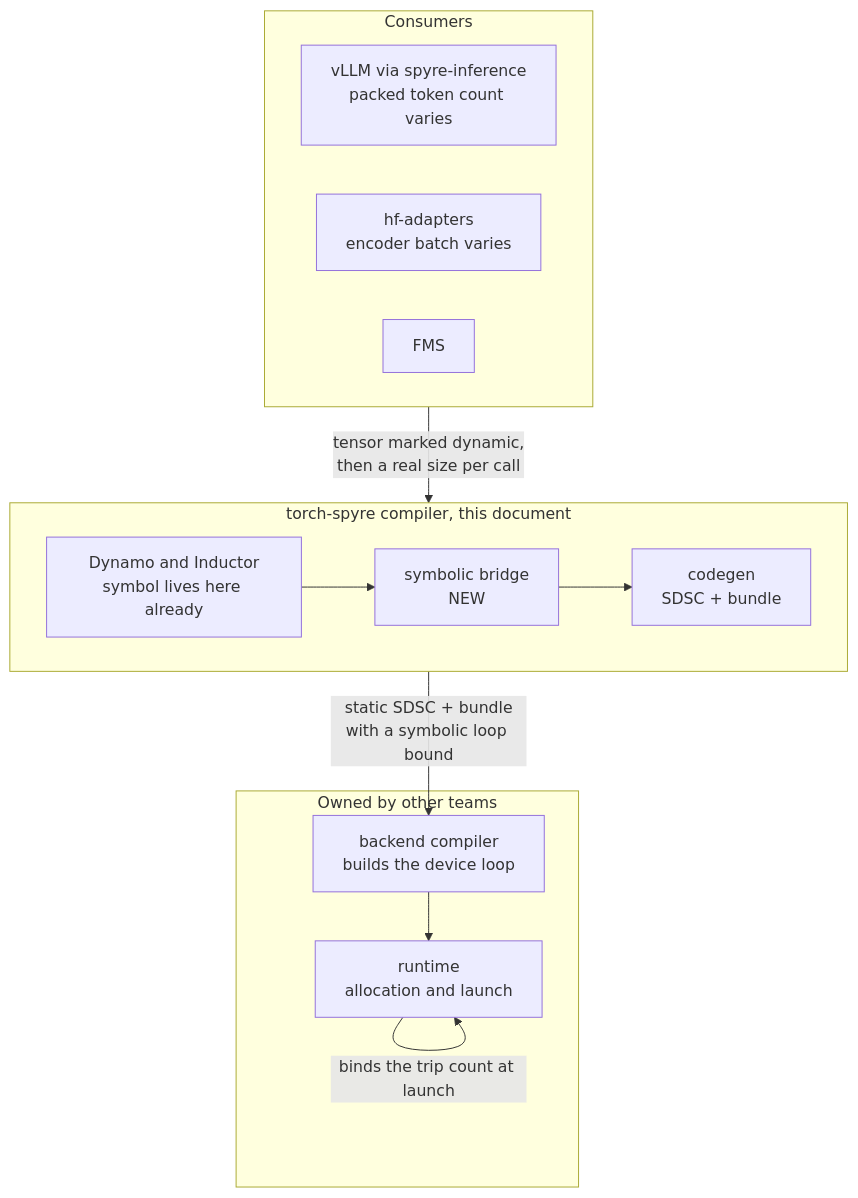
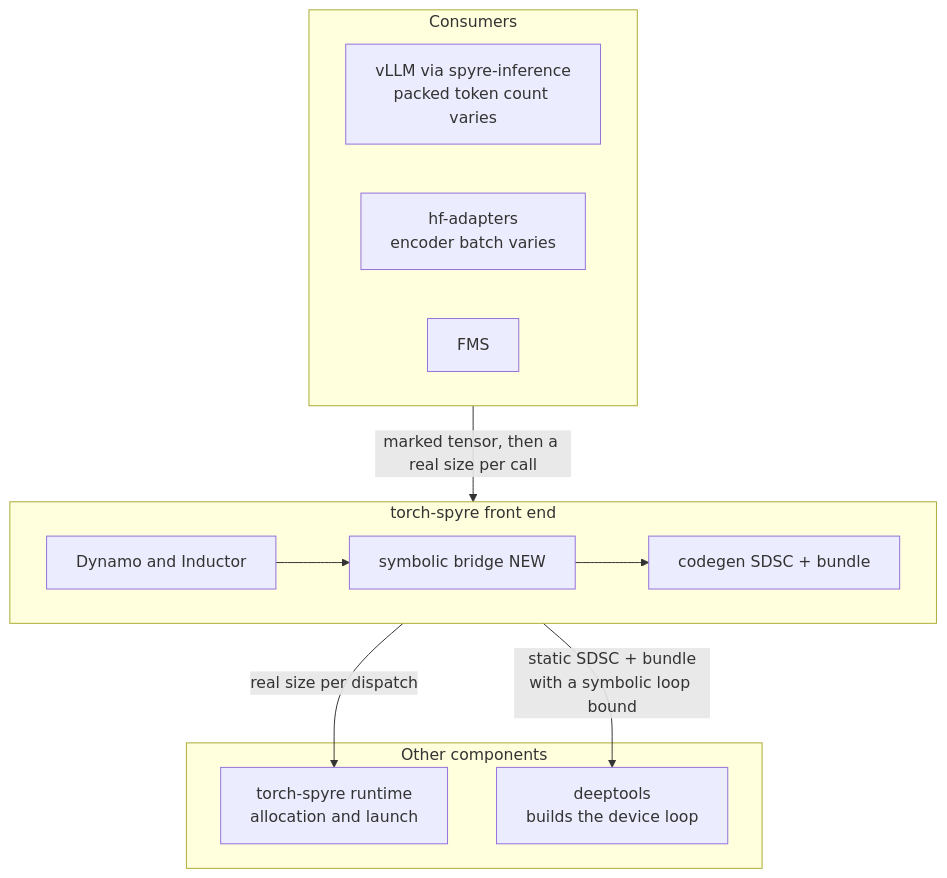
One commit to GopikrishnaGitRepo/torch-spyre changed the first of 13 diagrams in docs/source/compiler/symbolic_shapes.md. Above: the diagram before and after it, drawn with Mermaid. The commit also changed other lines of this file, not shown here.

````diff
--- a/docs/source/compiler/symbolic_shapes.md
+++ b/docs/source/compiler/symbolic_shapes.md
@@ -55,22 +55,21 @@
 ```mermaid
 flowchart TB
   subgraph con["Consumers"]
     v["vLLM via spyre-inference<br/>packed token count varies"]
     h["hf-adapters<br/>encoder batch varies"]
     f["FMS"]
   end
-  subgraph ours["torch-spyre compiler, this document"]
-    dyn["Dynamo and Inductor<br/>symbol lives here already"]
-    br["symbolic bridge<br/>NEW"]
-    cg["codegen<br/>SDSC + bundle"]
+  subgraph ours["torch-spyre front end"]
+    dyn["Dynamo and Inductor"]
+    br["symbolic bridge NEW"]
+    cg["codegen SDSC + bundle"]
     dyn --> br --> cg
   end
-  subgraph below["Owned by other teams"]
-    dt["backend compiler<br/>builds the device loop"]
-    rt["runtime<br/>allocation and launch"]
+  subgraph below["Other components"]
+    rt["torch-spyre runtime<br/>allocation and launch"]
+    dt["deeptools<br/>builds the device loop"]
   end
-  con -->|"tensor marked dynamic,<br/>then a real size per call"| ours
+  con -->|"marked tensor, then a real size per call"| ours
   ours -->|"static SDSC + bundle<br/>with a symbolic loop bound"| dt
-  dt --> rt
-  rt -->|"binds the trip count at launch"| rt
+  ours -->|"real size per dispatch"| rt
 ```
````
